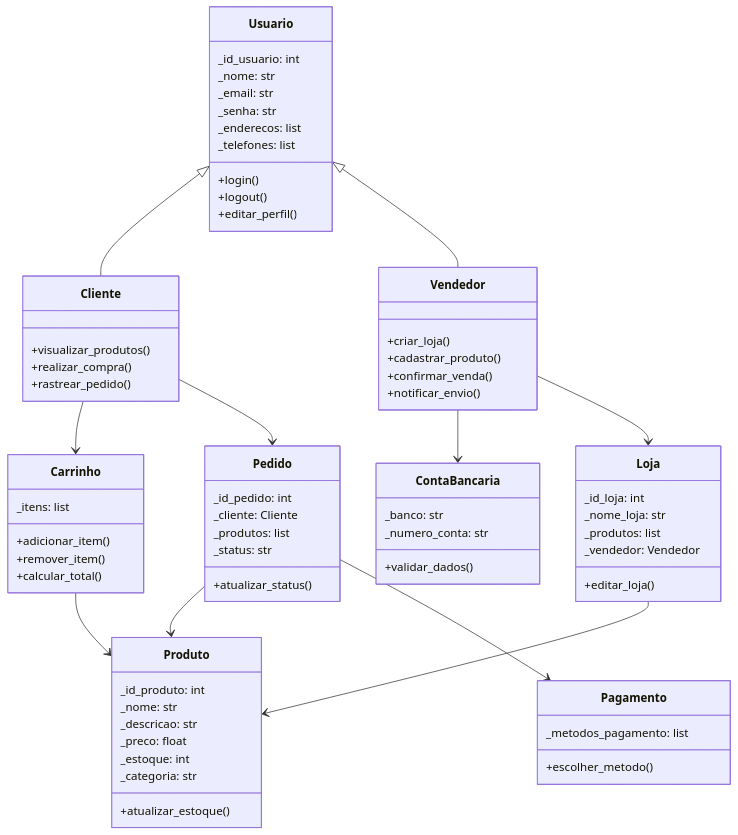
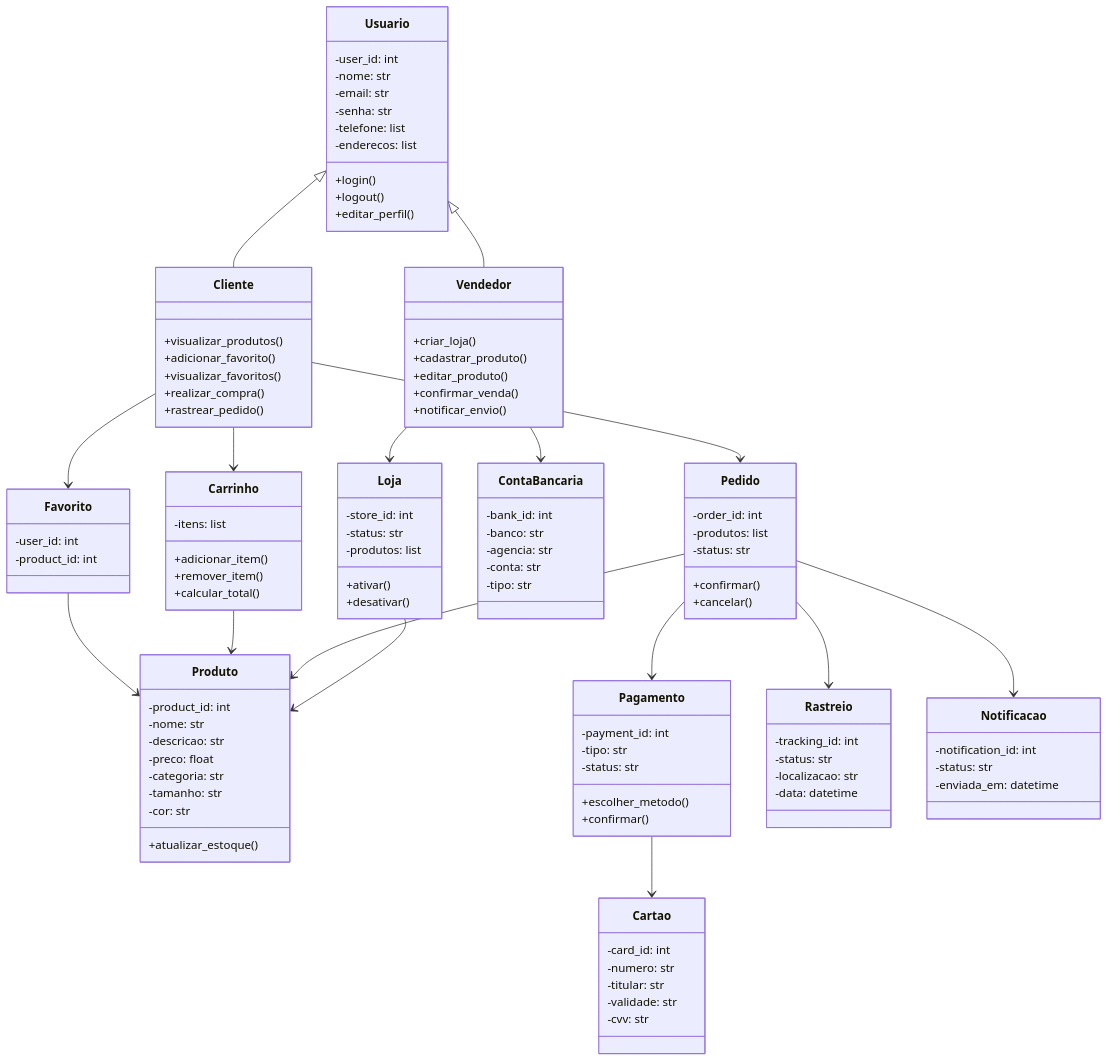
Before and after one commit to raqueleucaria/brecho: the diagram in docs/requirements/diagramas.md, drawn with Mermaid. The commit also changed other lines of this file and 16 other files, not shown here.

````diff
--- a/docs/requirements/diagramas.md
+++ b/docs/requirements/diagramas.md
@@ -14,13 +14,13 @@
 ```mermaid
 classDiagram
-    %% Classe base
+    %% Classes principais
     class Usuario {
-        _id_usuario: int
-        _nome: str
-        _email: str
-        _senha: str
-        _enderecos: list
-        _telefones: list
+        -user_id: int
+        -nome: str
+        -email: str
+        -senha: str
+        -telefone: list
+        -enderecos: list
         +login()
         +logout()
         +editar_perfil()
@@ -28,6 +28,8 @@
 
     class Cliente {
         +visualizar_produtos()
+        +adicionar_favorito()
+        +visualizar_favoritos()
         +realizar_compra()
         +rastrear_pedido()
     }
@@ -35,66 +37,101 @@
     class Vendedor {
         +criar_loja()
         +cadastrar_produto()
+        +editar_produto()
         +confirmar_venda()
         +notificar_envio()
     }
 
     class Loja {
-        _id_loja: int
-        _nome_loja: str
-        _produtos: list
-        _vendedor: Vendedor
-        +editar_loja()
+        -store_id: int
+        -status: str
+        -produtos: list
+        +ativar()
+        +desativar()
     }
 
     class Produto {
-        _id_produto: int
-        _nome: str
-        _descricao: str
-        _preco: float
-        _estoque: int
-        _categoria: str
+        -product_id: int
+        -nome: str
+        -descricao: str
+        -preco: float
+        -categoria: str
+        -tamanho: str
+        -cor: str
         +atualizar_estoque()
     }
 
     class Carrinho {
-        _itens: list
+        -itens: list
         +adicionar_item()
         +remover_item()
         +calcular_total()
     }
 
     class Pedido {
-        _id_pedido: int
-        _cliente: Cliente
-        _produtos: list
-        _status: str
-        +atualizar_status()
+        -order_id: int
+        -produtos: list
+        -status: str
+        +confirmar()
+        +cancelar()
     }
 
     class Pagamento {
-        _metodos_pagamento: list
+        -payment_id: int
+        -tipo: str
+        -status: str
         +escolher_metodo()
+        +confirmar()
+    }
+
+    class Cartao {
+        -card_id: int
+        -numero: str
+        -titular: str
+        -validade: str
+        -cvv: str
     }
 
     class ContaBancaria {
-        _banco: str
-        _numero_conta: str
-        +validar_dados()
+        -bank_id: int
+        -banco: str
+        -agencia: str
+        -conta: str
+        -tipo: str
+    }
+
+    class Rastreio {
+        -tracking_id: int
+        -status: str
+        -localizacao: str
+        -data: datetime
+    }
+
+    class Notificacao {
+        -notification_id: int
+        -status: str
+        -enviada_em: datetime
+    }
+
+    class Favorito {
+        -user_id: int
+        -product_id: int
     }
 
     %% Relações
     Usuario <|-- Cliente
     Usuario <|-- Vendedor
     Cliente --> Carrinho
+    Cliente --> Pedido
+    Cliente --> Favorito
+    Favorito --> Produto
     Carrinho --> Produto
-    Cliente --> Pedido
     Pedido --> Produto
     Pedido --> Pagamento
+    Pedido --> Rastreio
     Vendedor --> ContaBancaria
     Vendedor --> Loja
     Loja --> Produto
-
-
-
+    Pedido --> Notificacao
+    Pagamento --> Cartao
 ```
````
